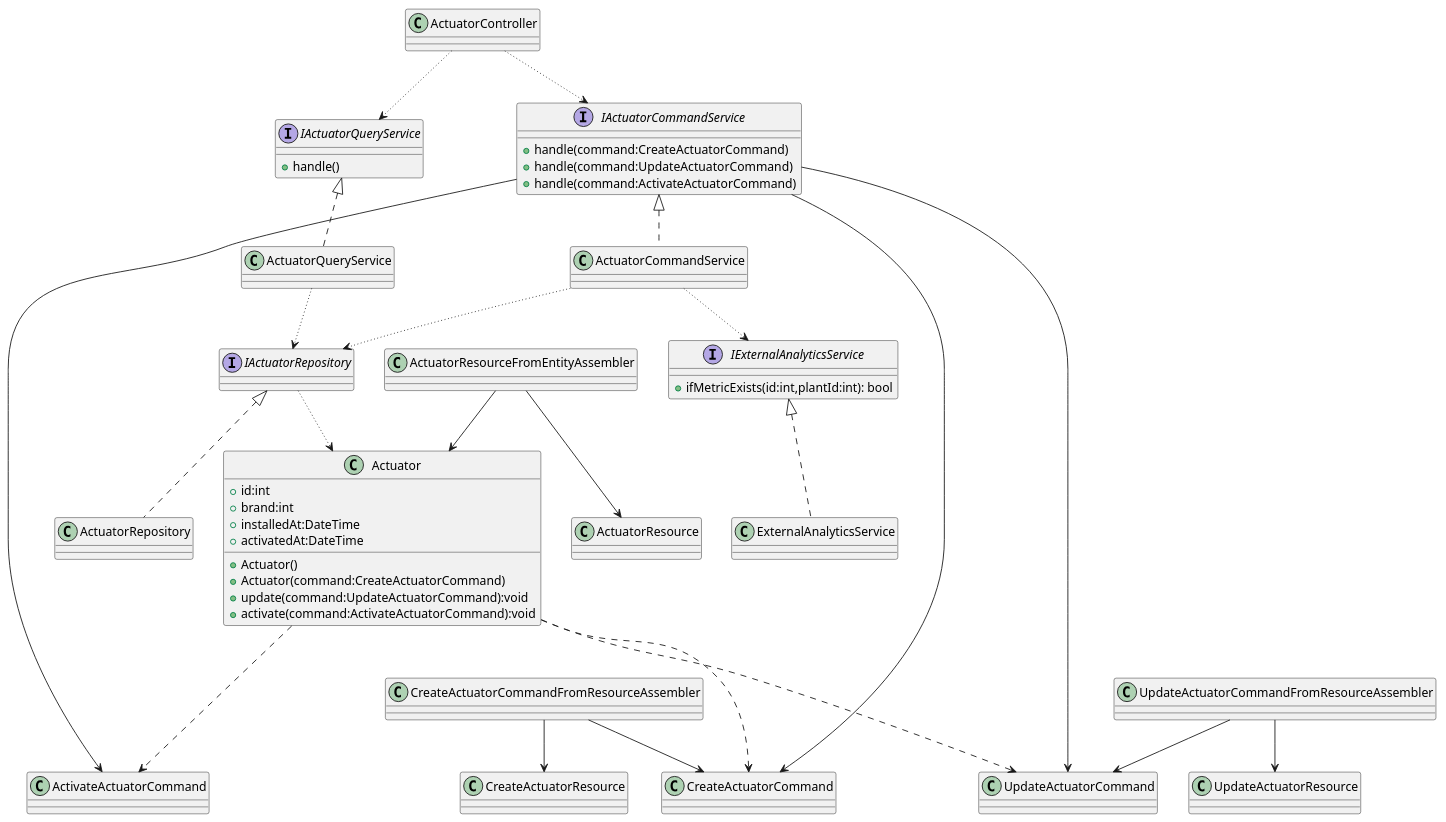
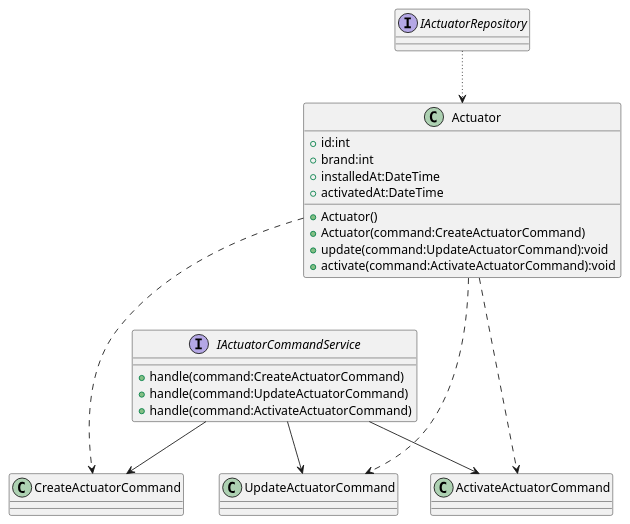
The diagram in assets/tactical-level-ddd/automation/automation_class_diagram.puml (wemade-IoT/Documents_Repository), drawn with PlantUML before and after one commit. The commit also changed 2 other files, not shown here.

Commit message:
docs: changed automation application layer and class diagram correctly

```diff
--- a/assets/tactical-level-ddd/automation/automation_class_diagram.puml
+++ b/assets/tactical-level-ddd/automation/automation_class_diagram.puml
@@ -1,81 +1,44 @@
 @startuml
 
 class Actuator {
   +id:int
   +brand:int
   +installedAt:DateTime
   +activatedAt:DateTime
   +Actuator()
   +Actuator(command:CreateActuatorCommand)
   +update(command:UpdateActuatorCommand):void
   +activate(command:ActivateActuatorCommand):void
 }
 
 
 
 
-interface IExternalAnalyticsService{
-   + ifMetricExists(id:int,plantId:int): bool
-}
-
-
-class ExternalAnalyticsService implements IExternalAnalyticsService{
-
-}
 
 class CreateActuatorCommand {}
 class UpdateActuatorCommand{}
 
 class ActivateActuatorCommand {}
-class CreateActuatorResource {}
-class UpdateActuatorResource {}
-class ActuatorResource {}
-class ActuatorResourceFromEntityAssembler{}
-class CreateActuatorCommandFromResourceAssembler{}
-class UpdateActuatorCommandFromResourceAssembler{}
 
-class ActuatorController {}
-
-class ActuatorCommandService implements IActuatorCommandService {}
-class ActuatorRepository implements IActuatorRepository {}
-class ActuatorQueryService implements IActuatorQueryService {}
 
 interface IActuatorRepository {}
-interface IActuatorQueryService {
-  +handle()
-}
 
 interface IActuatorCommandService {
   +handle(command:CreateActuatorCommand)
   +handle(command:UpdateActuatorCommand)
   +handle(command:ActivateActuatorCommand)
 }
 
-
-
-CreateActuatorCommandFromResourceAssembler  --> CreateActuatorCommand
-CreateActuatorCommandFromResourceAssembler  --> CreateActuatorResource
-
-UpdateActuatorCommandFromResourceAssembler --> UpdateActuatorCommand
-UpdateActuatorCommandFromResourceAssembler --> UpdateActuatorResource
-
-ActuatorResourceFromEntityAssembler --> Actuator
-ActuatorResourceFromEntityAssembler --> ActuatorResource
 
 Actuator ...> CreateActuatorCommand
 Actuator ...> UpdateActuatorCommand
 Actuator ...> ActivateActuatorCommand
 
 IActuatorCommandService --> CreateActuatorCommand
 IActuatorCommandService --> UpdateActuatorCommand
 IActuatorCommandService --> ActivateActuatorCommand
 
-ActuatorCommandService -[dotted]-> IActuatorRepository
-ActuatorCommandService -[dotted]-> IExternalAnalyticsService
-ActuatorQueryService -[dotted]-> IActuatorRepository
 
 IActuatorRepository -[dotted]-> Actuator
-ActuatorController -[dotted]-> IActuatorCommandService
-ActuatorController -[dotted]-> IActuatorQueryService
 
 @enduml
```
